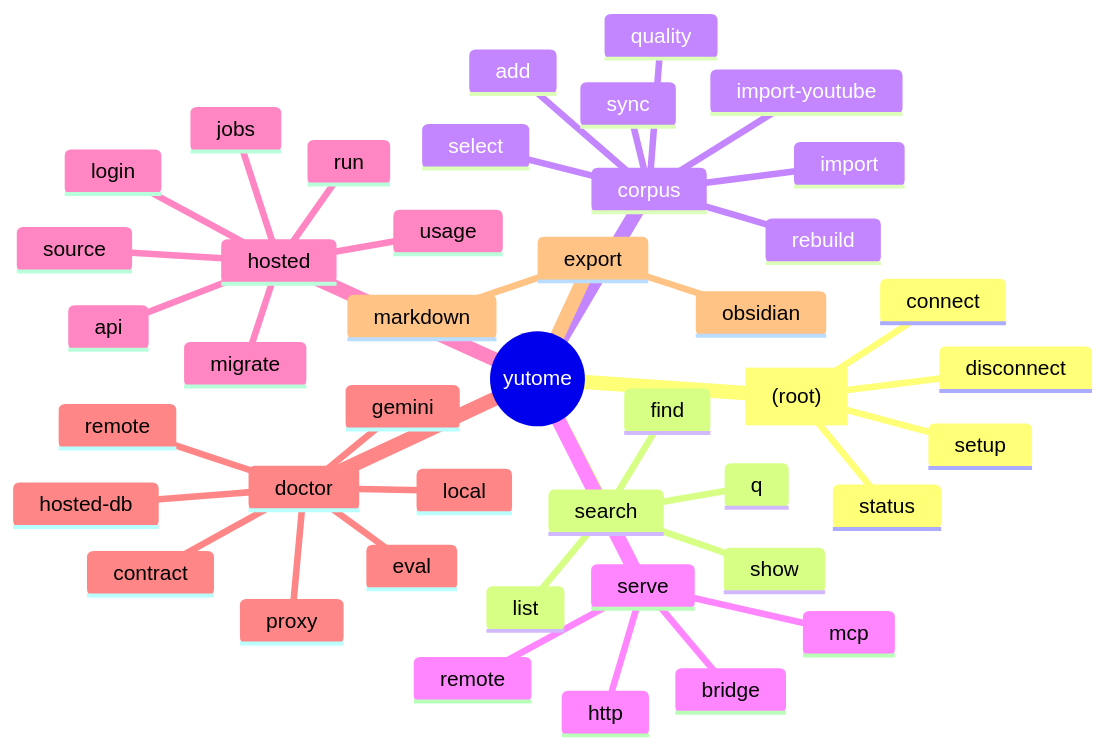
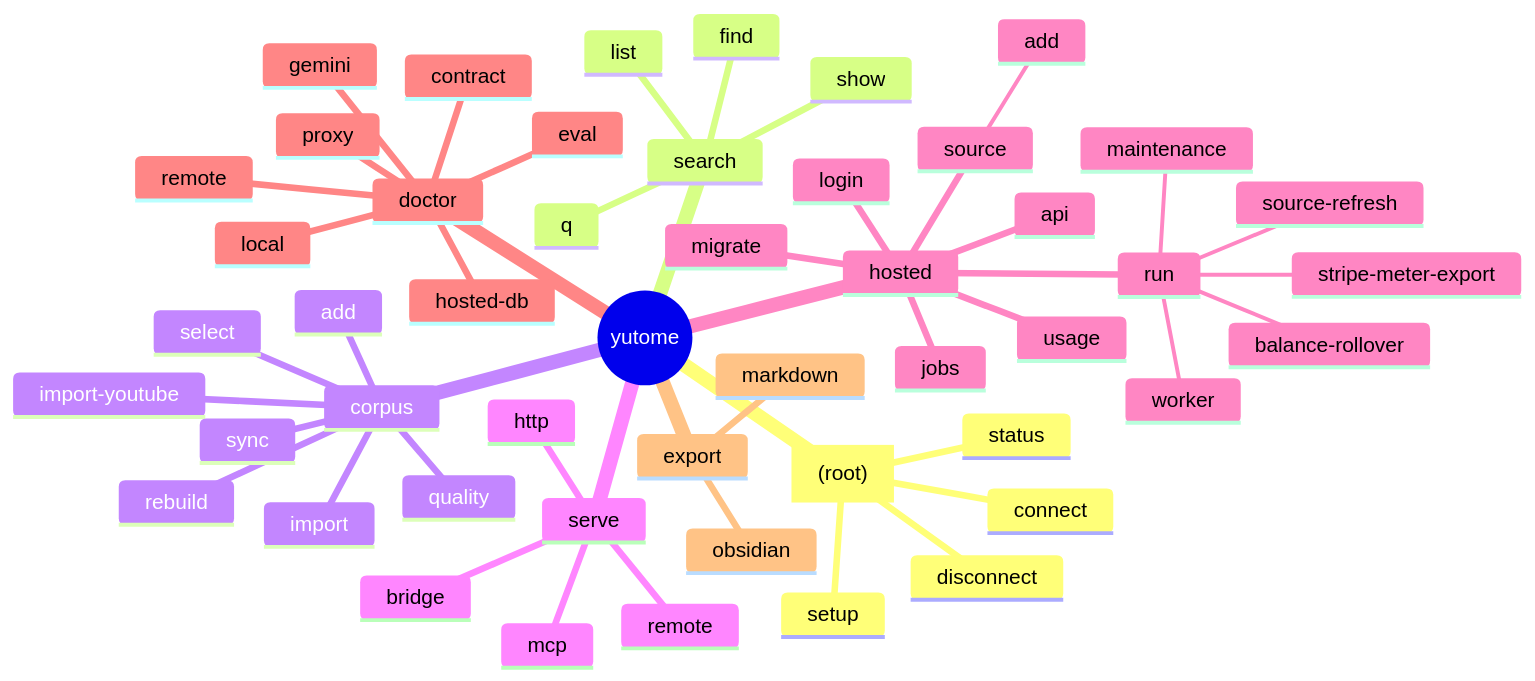
Before and after one commit to MaskyS/yutome: the first of 10 diagrams in docs/architecture/cli-and-engine.md, drawn with Mermaid. The commit also changed other lines of this file and 7 other files, not shown here.

First line of the commit message:
docs: refresh CLI/query/architecture docs against the real command surface

````diff
--- a/docs/architecture/cli-and-engine.md
+++ b/docs/architecture/cli-and-engine.md
@@ -20,46 +20,52 @@
 ```mermaid
 mindmap
   root(("yutome"))
     root_cmds["(root)"]
       setup
       connect
       disconnect
       status
     search
       find
       list
       show
       q
     corpus
       add
       import
       import-youtube
       select
       sync
       rebuild
       quality
     serve
       mcp
       http
       bridge
       remote
     hosted
       api
       migrate
       login
       jobs
       usage
       source
+        add
       run
+        worker
+        stripe-meter-export
+        source-refresh
+        maintenance
+        balance-rollover
     doctor
       local
       proxy
       gemini
       eval
       contract
       remote
       hosted-db
     export
       markdown
       obsidian
 ```
````
